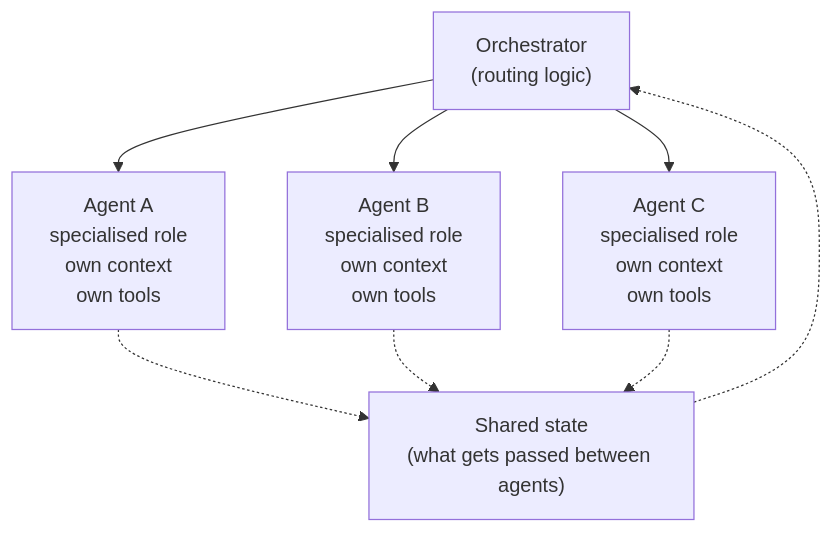
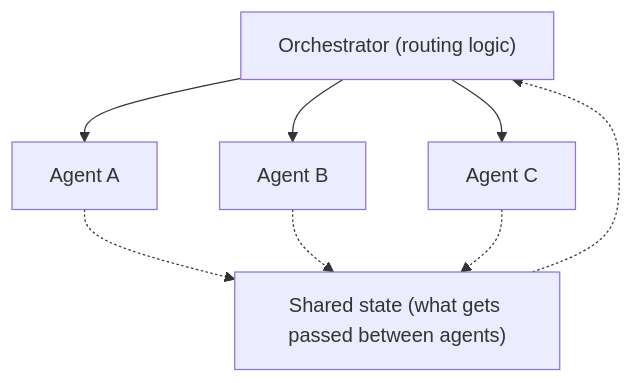
One commit to mjac-yue/ai-architecture-for-pms changed the first of 6 diagrams in module-09-multi-agent-architecture.md. Above: the diagram before and after it, drawn with Mermaid. The commit also changed other lines of this file and 15 other files, not shown here.

First line of the commit message:
Remove HTML tags from Mermaid node labels for Obsidian compatibility

````diff
--- a/module-09-multi-agent-architecture.md
+++ b/module-09-multi-agent-architecture.md
@@ -40,16 +40,16 @@
 ```mermaid
 flowchart TD
-    O["Orchestrator<br>(routing logic)"]
-    A1["Agent A<br>specialised role<br>own context<br>own tools"]
-    A2["Agent B<br>specialised role<br>own context<br>own tools"]
-    A3["Agent C<br>specialised role<br>own context<br>own tools"]
-    S["Shared state<br>(what gets passed between agents)"]
+    O["Orchestrator (routing logic)"]
+    A1["Agent A"]
+    A2["Agent B"]
+    A3["Agent C"]
+    S["Shared state (what gets passed between agents)"]
 
     O --> A1
     O --> A2
     O --> A3
     A1 -.-> S
     A2 -.-> S
     A3 -.-> S
     S -.-> O
 ```
````
